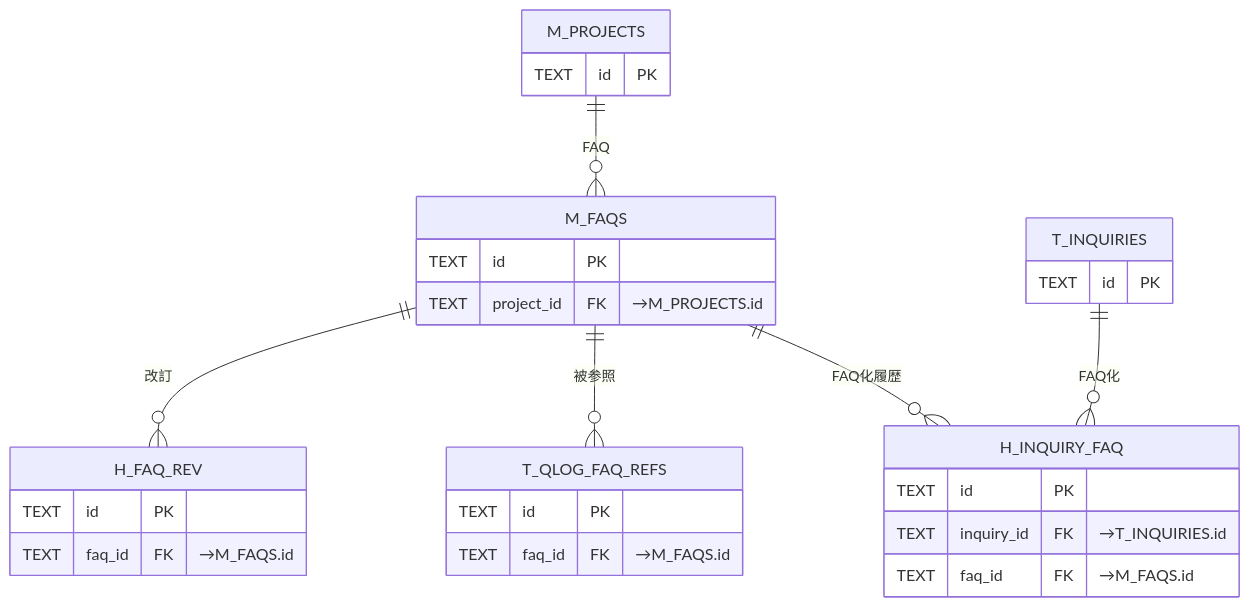
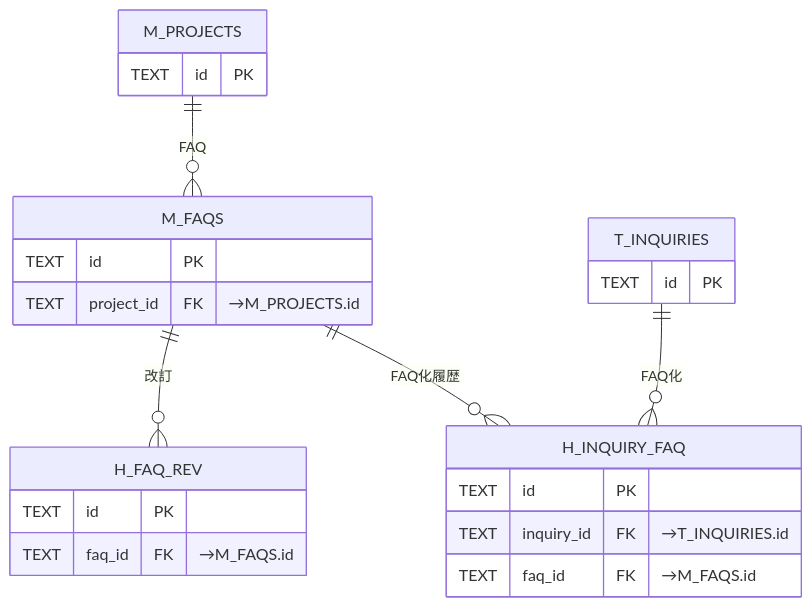
One commit to sikakou54/open-faq changed the sixth of 12 diagrams in 02_basic-design/03_database-design.md. Above: the diagram before and after it, drawn with Mermaid.

Commit message:
DB設計: ER図(6)FAQ から T_QLOG_FAQ_REFS の被参照関連を削除((7)質問ログ・参照FAQに記載済みの重複)
Claude-Session: https://claude.ai/code/session_01UyPK3or74pzr7ch1RCnDPF

````diff
--- a/02_basic-design/03_database-design.md
+++ b/02_basic-design/03_database-design.md
@@ -194,19 +194,16 @@
 ```mermaid
 erDiagram
   M_FAQS { TEXT id PK
     TEXT project_id FK "→M_PROJECTS.id" }
   H_FAQ_REV { TEXT id PK
     TEXT faq_id FK "→M_FAQS.id" }
   H_INQUIRY_FAQ { TEXT id PK
     TEXT inquiry_id FK "→T_INQUIRIES.id"
     TEXT faq_id FK "→M_FAQS.id" }
   M_PROJECTS { TEXT id PK }
   T_INQUIRIES { TEXT id PK }
-  T_QLOG_FAQ_REFS { TEXT id PK
-    TEXT faq_id FK "→M_FAQS.id" }
   M_PROJECTS ||--o{ M_FAQS : "FAQ"
   M_FAQS ||--o{ H_FAQ_REV : "改訂"
-  M_FAQS ||--o{ T_QLOG_FAQ_REFS : "被参照"
   T_INQUIRIES ||--o{ H_INQUIRY_FAQ : "FAQ化"
   M_FAQS ||--o{ H_INQUIRY_FAQ : "FAQ化履歴"
 ```
````
